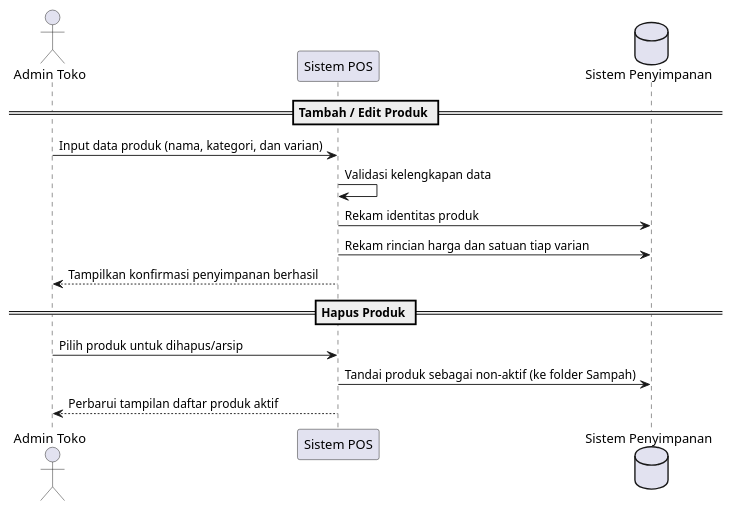
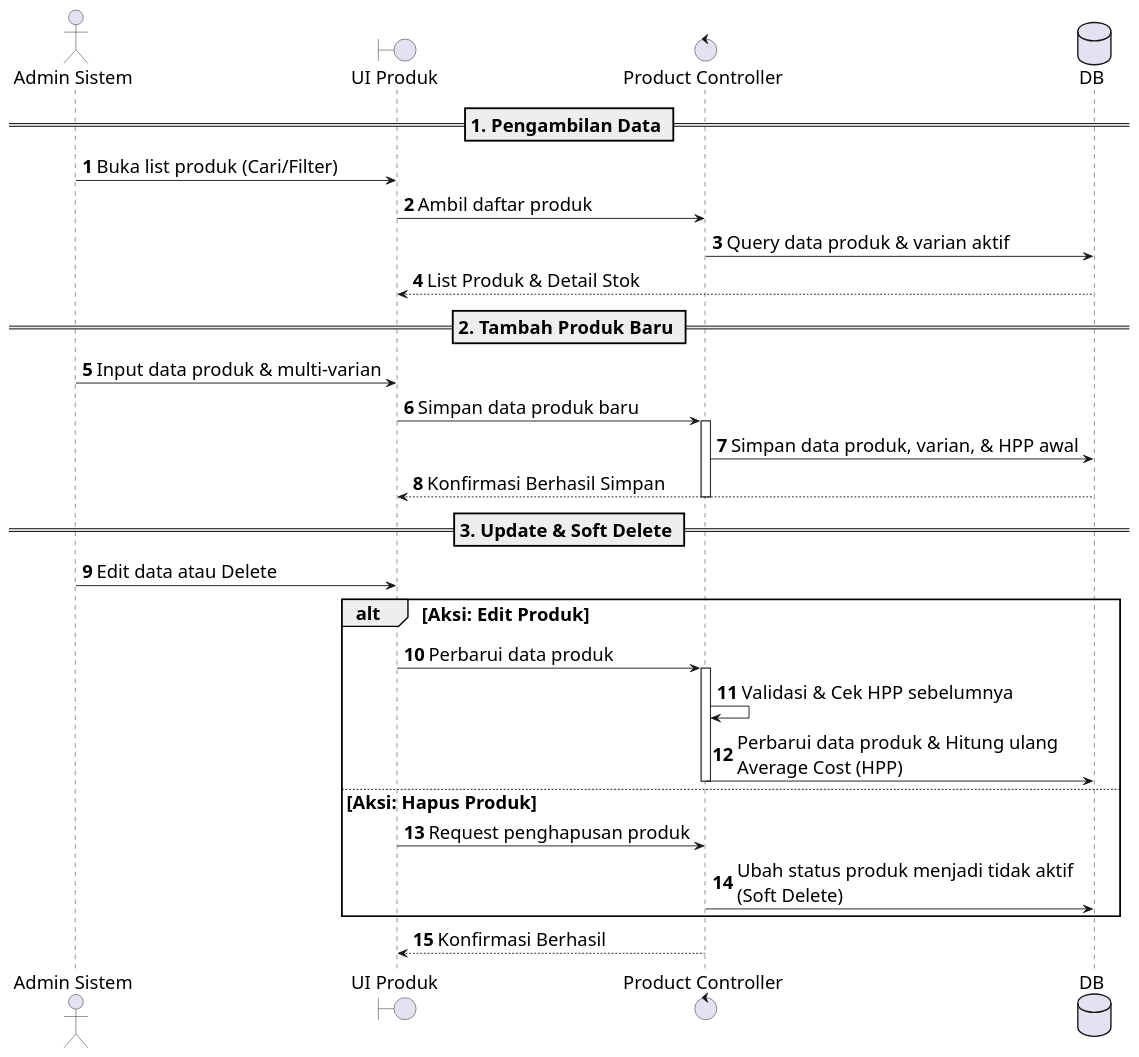
Before and after one commit to Aditiarzky/pos-app: the diagram in docs/uml-sequence-product.puml, drawn with PlantUML. The commit also changed 75 other files, not shown here.

```diff
--- a/docs/uml-sequence-product.puml
+++ b/docs/uml-sequence-product.puml
@@ -1,17 +1,42 @@
-@startuml
-actor "Admin Toko" as Admin
-participant "Sistem POS" as App
-database "Sistem Penyimpanan" as DB
+@startuml Product_Management_Sequence
+autonumber
 
-== Tambah / Edit Produk ==
-Admin -> App: Input data produk (nama, kategori, dan varian)
-App -> App: Validasi kelengkapan data
-App -> DB: Rekam identitas produk
-App -> DB: Rekam rincian harga dan satuan tiap varian
-App --> Admin: Tampilkan konfirmasi penyimpanan berhasil
+skinparam BoxPadding 10
+skinparam ParticipantPadding 10
+skinparam defaultFontSize 20
+skinparam maxMessageSize 400
 
-== Hapus Produk ==
-Admin -> App: Pilih produk untuk dihapus/arsip
-App -> DB: Tandai produk sebagai non-aktif (ke folder Sampah)
-App --> Admin: Perbarui tampilan daftar produk aktif
+actor "Admin Sistem" as Admin
+boundary "UI Produk" as UI
+control "Product Controller" as Controller
+database "DB" as DB
+
+== 1. Pengambilan Data ==
+Admin -> UI : Buka list produk (Cari/Filter)
+UI -> Controller : Ambil daftar produk
+Controller -> DB : Query data produk & varian aktif
+DB --> UI : List Produk & Detail Stok
+
+== 2. Tambah Produk Baru ==
+Admin -> UI : Input data produk & multi-varian
+UI -> Controller : Simpan data produk baru
+activate Controller
+Controller -> DB : Simpan data produk, varian, & HPP awal
+DB --> UI : Konfirmasi Berhasil Simpan
+deactivate Controller
+
+== 3. Update & Soft Delete ==
+Admin -> UI : Edit data atau Delete
+alt Aksi: Edit Produk
+    UI -> Controller : Perbarui data produk
+    activate Controller
+    Controller -> Controller : Validasi & Cek HPP sebelumnya
+    Controller -> DB : Perbarui data produk & Hitung ulang Average Cost (HPP)
+    deactivate Controller
+else Aksi: Hapus Produk
+    UI -> Controller : Request penghapusan produk
+    Controller -> DB : Ubah status produk menjadi tidak aktif (Soft Delete)
+end
+Controller --> UI : Konfirmasi Berhasil
+
 @enduml
```
